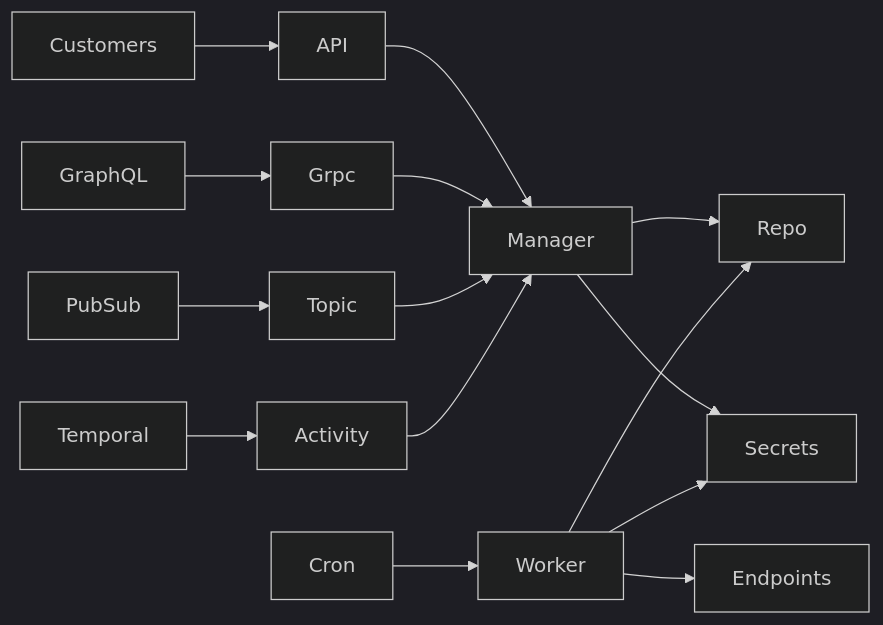
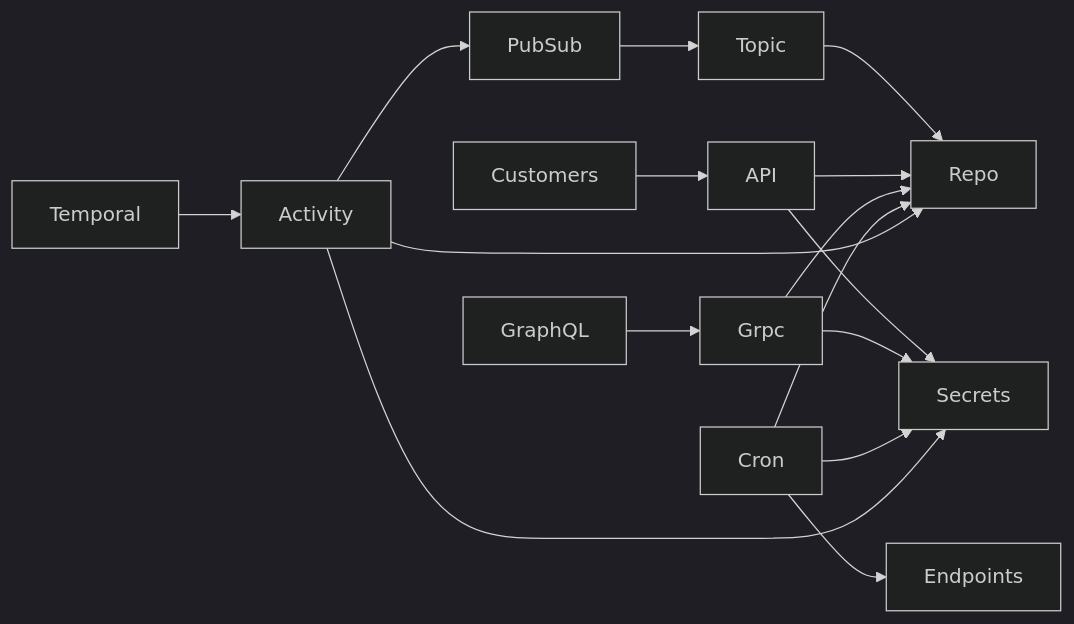
One commit to andrestielau/web-of-hooks changed the first of 2 diagrams in README.md. Above: the diagram before and after it, drawn with Mermaid (dark theme). The commit also changed other lines of this file, not shown here.

Commit message:
fix diagrams

````diff
--- a/README.md
+++ b/README.md
@@ -71,21 +71,26 @@
 ```mermaid
 graph LR
+    Temporal
+    Activity
+    Topic
+    Grpc
+    API
+
+    Activity --> Repo
+    Activity --> PubSub
     Temporal --> Activity
     Customers --> API
     GraphQL --> Grpc
     PubSub --> Topic
 
-    API --> Manager
-    Grpc --> Manager
-    Topic --> Manager
-    Activity --> Manager
+    Activity --> Secrets
+    Cron --> Secrets
+    Grpc --> Secrets
+    API --> Secrets
 
-    Manager --> Repo
-    Manager --> Secrets
-
-    Cron --> Worker
-
-    Worker --> Repo
-    Worker --> Secrets
-    Worker --> Endpoints 
+    Cron --> Repo
+    Grpc --> Repo
+    API --> Repo
+    Topic --> Repo
+    Cron --> Endpoints 
 ```
````
